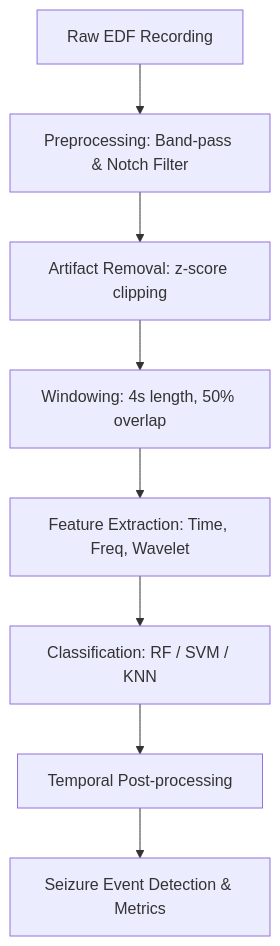
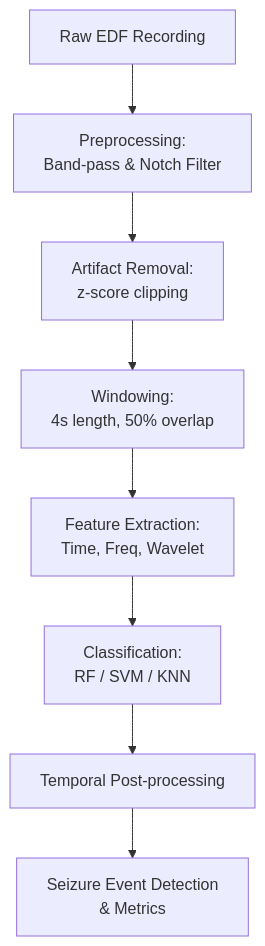
The diagram in README.md (prahas12/EEG_Seizure_Detection), drawn with Mermaid before and after one commit.

Commit message:
docs: add line breaks to Mermaid flowchart to fix truncation

````diff
--- a/README.md
+++ b/README.md
@@ -28,10 +28,10 @@
 ```mermaid
 flowchart TD
-    A[Raw EDF Recording] --> B[Preprocessing: Band-pass & Notch Filter]
-    B --> C[Artifact Removal: z-score clipping]
-    C --> D[Windowing: 4s length, 50% overlap]
-    D --> E[Feature Extraction: Time, Freq, Wavelet]
-    E --> F[Classification: RF / SVM / KNN]
+    A[Raw EDF Recording] --> B[Preprocessing:<br>Band-pass & Notch Filter]
+    B --> C[Artifact Removal:<br>z-score clipping]
+    C --> D[Windowing:<br>4s length, 50% overlap]
+    D --> E[Feature Extraction:<br>Time, Freq, Wavelet]
+    E --> F[Classification:<br>RF / SVM / KNN]
     F --> G[Temporal Post-processing]
-    G --> H[Seizure Event Detection & Metrics]
+    G --> H[Seizure Event Detection<br>& Metrics]
 ```
````
